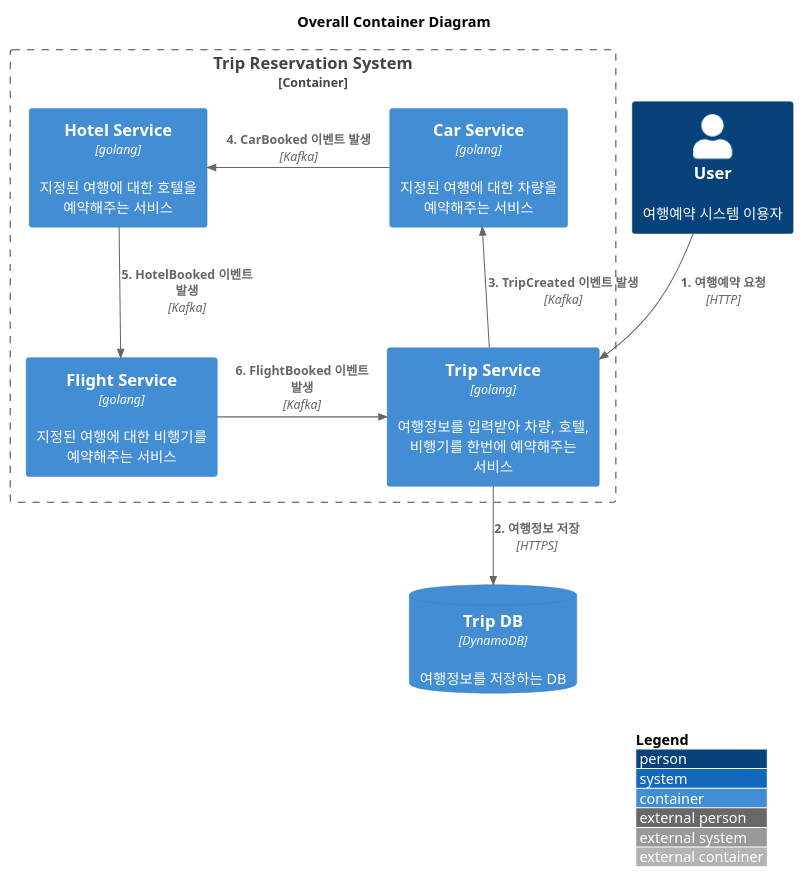
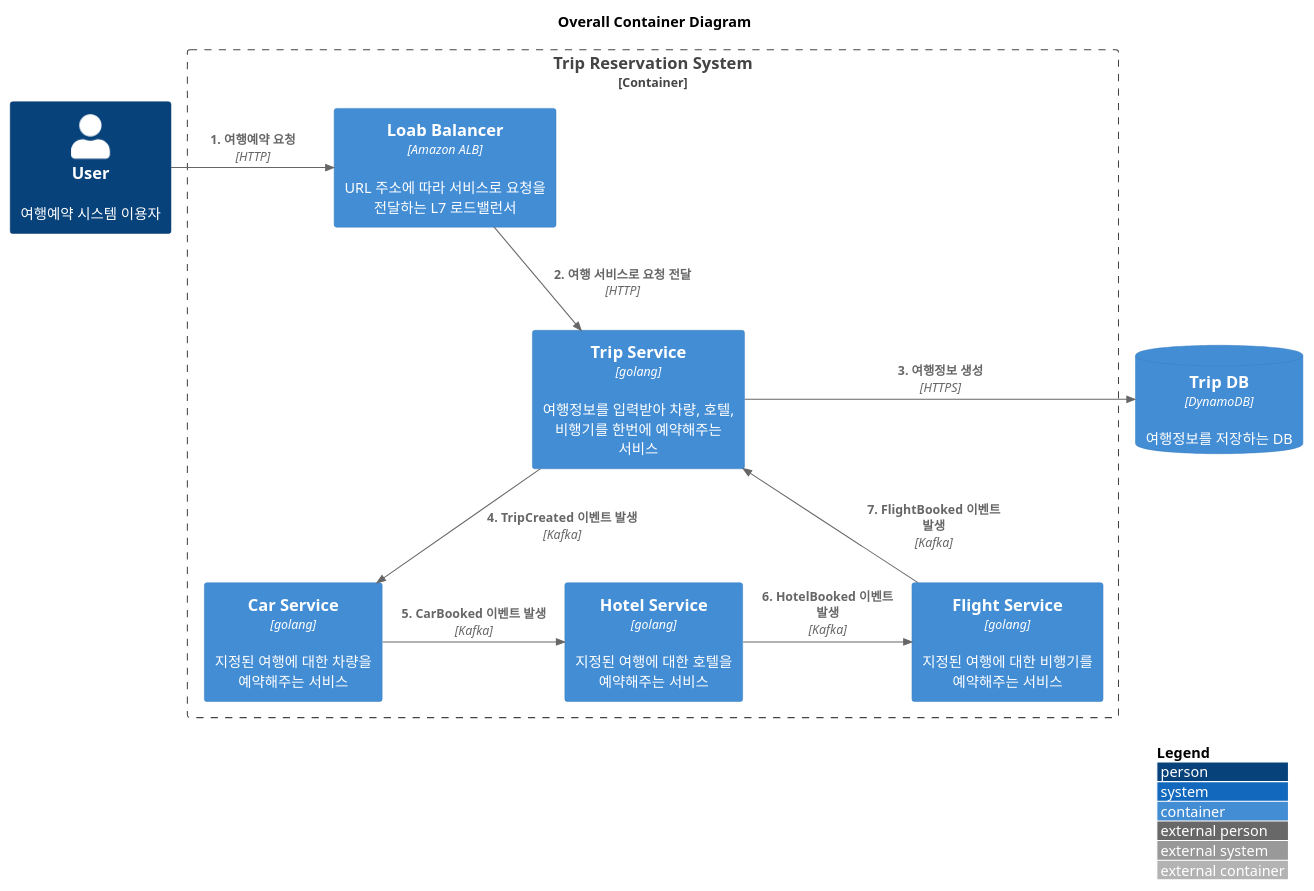
One commit to haandol/devops-academy-eda-demo changed the diagram in docs/c4/overall-container.puml. Above: the diagram before and after it, drawn with PlantUML. The commit also changed 3 other files, not shown here.

```diff
--- a/docs/c4/overall-container.puml
+++ b/docs/c4/overall-container.puml
@@ -1,25 +1,27 @@
 @startuml overall-container
 !include <c4/C4_Container.puml>  
 
 title Overall Container Diagram
 
 Person(client, "User", "여행예약 시스템 이용자")
 
 Container_Boundary(b0, "Trip Reservation System") {
+  Container(ingress, "Loab Balancer", "Amazon ALB",  "URL 주소에 따라 서비스로 요청을 전달하는 L7 로드밸런서")
   Container(trip, "Trip Service", "golang",  "여행정보를 입력받아 차량, 호텔, 비행기를 한번에 예약해주는 서비스")
   Container(car, "Car Service", "golang",  "지정된 여행에 대한 차량을 예약해주는 서비스")
   Container(hotel, "Hotel Service", "golang",  "지정된 여행에 대한 호텔을 예약해주는 서비스")
   Container(flight, "Flight Service", "golang",  "지정된 여행에 대한 비행기를 예약해주는 서비스")
 }
 
 ContainerDb(db, "Trip DB", "DynamoDB", "여행정보를 저장하는 DB")
 
-Rel(client, trip, "1. 여행예약 요청", "HTTP")
-Rel(trip, db, "2. 여행정보 저장", "HTTPS")
-Rel_Neighbor(car, hotel, "4. CarBooked 이벤트 발생", "Kafka")
-Rel_Neighbor(trip, car, "3. TripCreated 이벤트 발생", "Kafka")
-Rel(hotel, flight, "5. HotelBooked 이벤트 발생", "Kafka")
-Rel_Neighbor(flight, trip, "6. FlightBooked 이벤트 발생", "Kafka")
+Rel_Neighbor(client, ingress, "1. 여행예약 요청", "HTTP")
+Rel(ingress, trip, "2. 여행 서비스로 요청 전달", "HTTP")
+Rel_Neighbor(trip, db, "3. 여행정보 생성", "HTTPS")
+Rel_Neighbor(car, hotel, "5. CarBooked 이벤트 발생", "Kafka")
+Rel(trip, car, "4. TripCreated 이벤트 발생", "Kafka")
+Rel_Neighbor(hotel, flight, "6. HotelBooked 이벤트 발생", "Kafka")
+Rel(flight, trip, "7. FlightBooked 이벤트 발생", "Kafka")
 
 LAYOUT_WITH_LEGEND()
 @enduml
```
